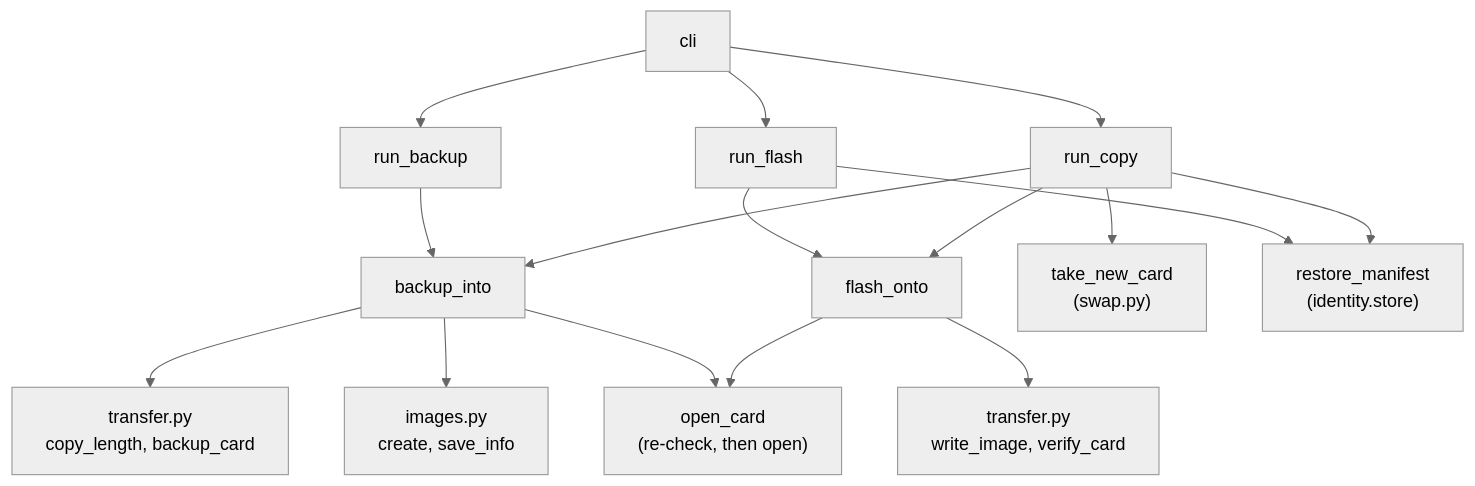
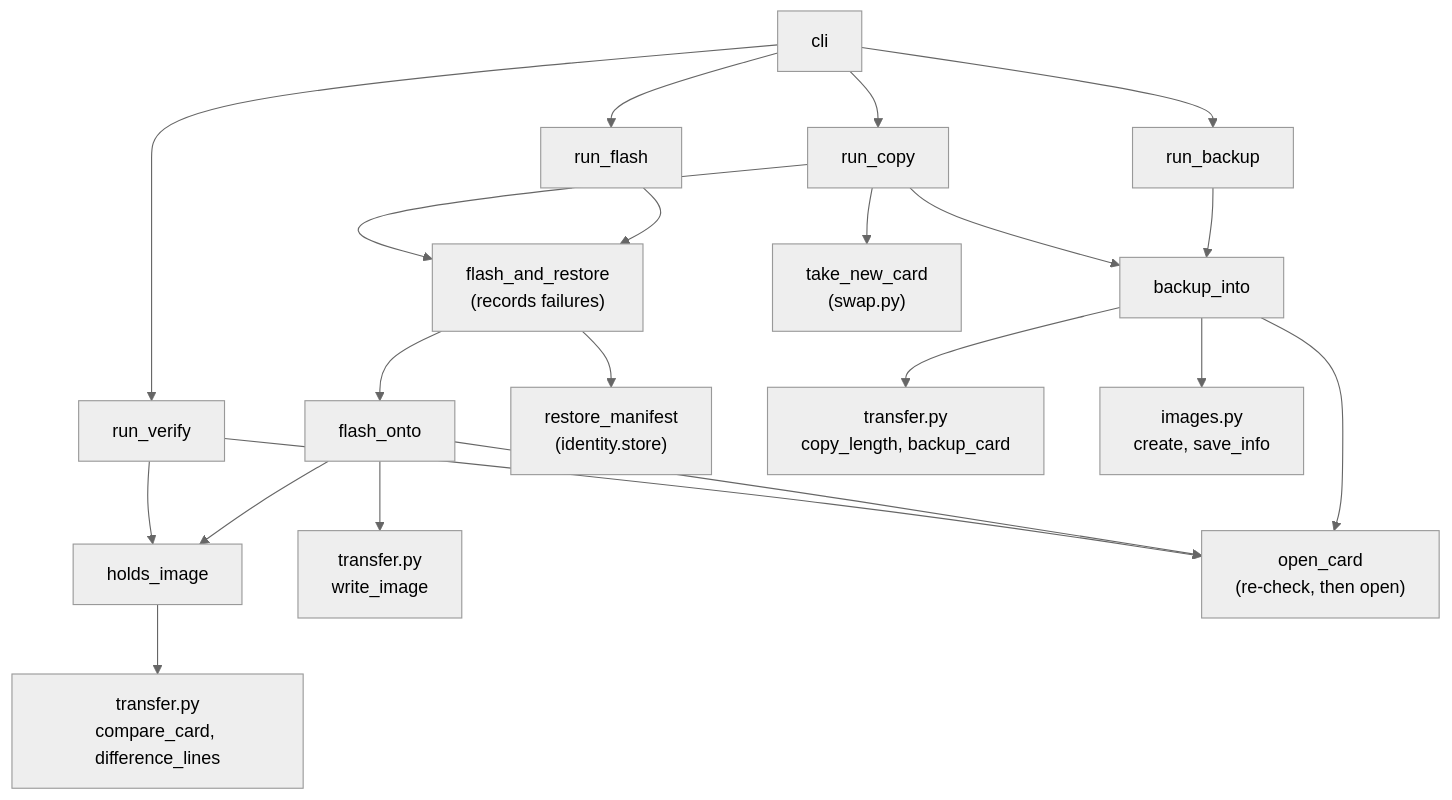
Before and after one commit to Boston-Robot-Hackers/microsd-utils: the first of 2 diagrams in process/01-literate/14-imaging.md, drawn with Mermaid (neutral theme). The commit also changed other lines of this file and 40 other files, not shown here.

````diff
--- a/process/01-literate/14-imaging.md
+++ b/process/01-literate/14-imaging.md
@@ -19,14 +20,17 @@
 ```mermaid
 flowchart TD
-    cli --> backup[run_backup] & flash[run_flash] & copy[run_copy]
+    cli --> backup[run_backup] & flash[run_flash] & verify[run_verify] & copy[run_copy]
     backup --> BI[backup_into]
-    flash --> FO[flash_onto]
+    flash & copy --> FR["flash_and_restore<br/>(records failures)"]
+    FR --> FO[flash_onto]
+    FR --> RM["restore_manifest<br/>(identity.store)"]
+    FO --> HI[holds_image]
+    verify --> HI
     copy --> BI
     copy --> swap["take_new_card<br/>(swap.py)"]
-    copy --> FO
     BI --> transfer["transfer.py<br/>copy_length, backup_card"]
     BI --> images["images.py<br/>create, save_info"]
-    FO --> transfer2["transfer.py<br/>write_image, verify_card"]
-    BI & FO --> device["open_card<br/>(re-check, then open)"]
-    flash & copy --> RM["restore_manifest<br/>(identity.store)"]
+    FO --> transfer2["transfer.py<br/>write_image"]
+    HI --> transfer3["transfer.py<br/>compare_card, difference_lines"]
+    BI & FO & verify --> device["open_card<br/>(re-check, then open)"]
 ```
````
